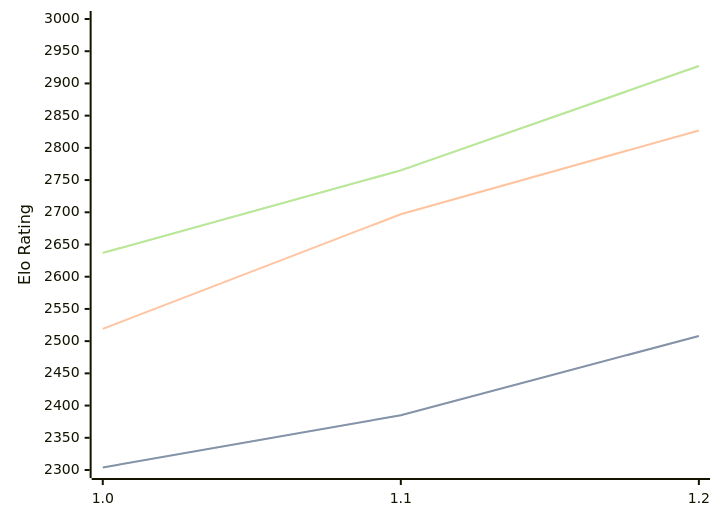
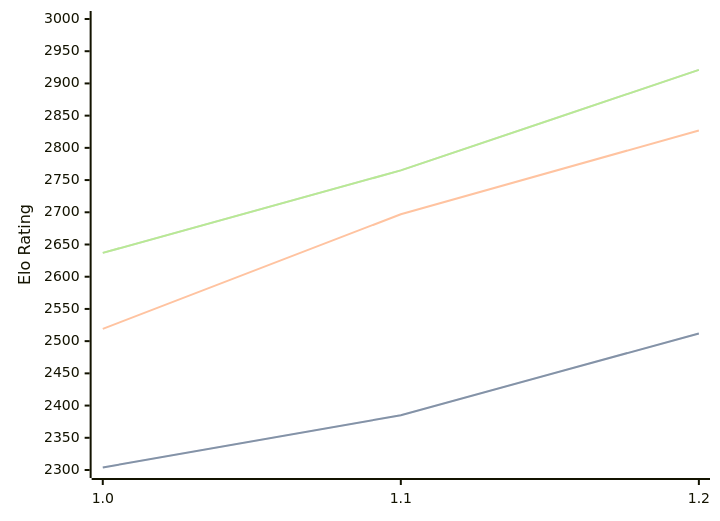
The first of 3 diagrams in engines/FoxChess.md (computer-chess-index/cci), drawn with Mermaid before and after one commit. The commit also changed other lines of this file, not shown here.

Commit message:
Update CCI Ratings (ELO VLTC) - 2026-07-17

````diff
--- a/engines/FoxChess.md
+++ b/engines/FoxChess.md
@@ -33,11 +33,11 @@
 ```mermaid
 %%{init: {"theme":"base","themeVariables":{"seriesColors:['#a3a3a3','#222221','#faa371']}}}%%
 xychart-beta
   x-axis ["1.0", "1.1", "1.2"]
   y-axis "Elo Rating" 2300 --> 3000
-  line "STC (8.0+0.08s)" [2304, 2385, 2508]
-  line "STC (8.0+0.08s)" [2304, 2385, 2508]
+  line "STC (8.0+0.08s)" [2304, 2385, 2512]
+  line "STC (8.0+0.08s)" [2304, 2385, 2512]
   line "LTC (60.0+0.60s)" [2519, 2697, 2827]
-  line "VLTC (2m24s+1.12s)" [2637, 2765, 2927]
-  line "VLTC (2m24s+1.12s)" [2637, 2765, 2927]
+  line "VLTC (2m24s+1.12s)" [2637, 2765, 2921]
+  line "VLTC (2m24s+1.12s)" [2637, 2765, 2921]
 ```
````
